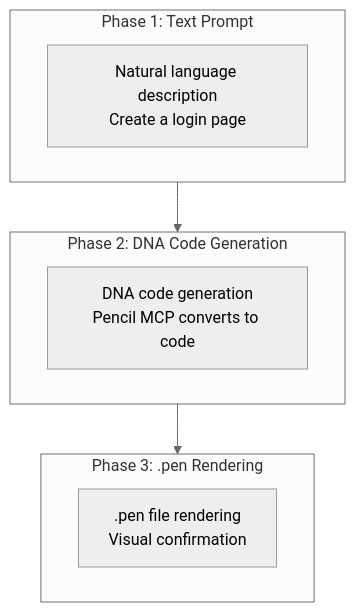
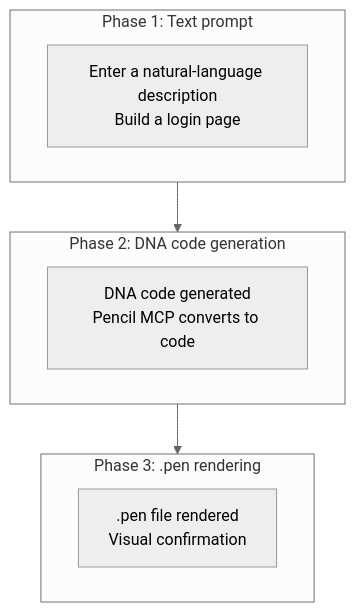
One commit to modu-ai/moai-adk changed the second of 4 diagrams in docs-site/content/en/advanced/pencil-guide.md. Above: the diagram before and after it, drawn with Mermaid (neutral theme). The commit also changed other lines of this file and 395 other files, not shown here.

````diff
--- a/docs-site/content/en/advanced/pencil-guide.md
+++ b/docs-site/content/en/advanced/pencil-guide.md
@@ -405,17 +213,17 @@
 ```mermaid
 flowchart TD
-    subgraph P1["Phase 1: Text Prompt"]
-        TP["Natural language description<br>Create a login page"]
+    subgraph P1["Phase 1: Text prompt"]
+        TP["Enter a natural-language description<br>Build a login page"]
     end
 
-    subgraph P2["Phase 2: DNA Code Generation"]
-        DC["DNA code generation<br>Pencil MCP converts to code"]
+    subgraph P2["Phase 2: DNA code generation"]
+        DC["DNA code generated<br>Pencil MCP converts to code"]
     end
 
-    subgraph P3["Phase 3: .pen Rendering"]
-        PR[".pen file rendering<br>Visual confirmation"]
+    subgraph P3["Phase 3: .pen rendering"]
+        PR[".pen file rendered<br>Visual confirmation"]
     end
 
     P1 --> P2
     P2 --> P3
 ```
````
